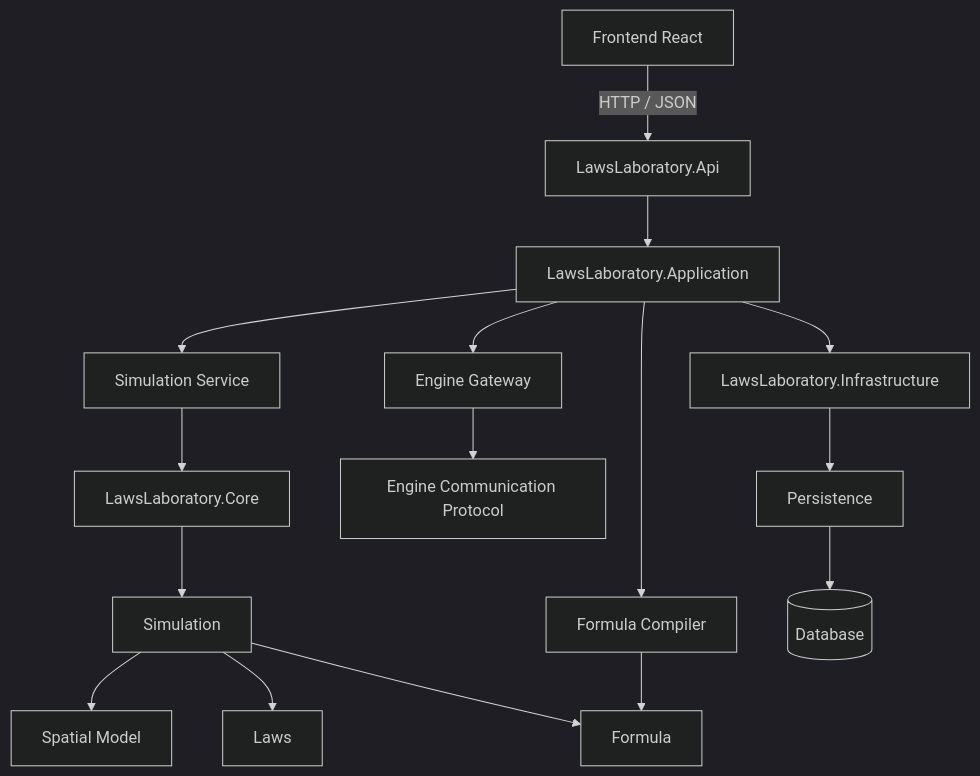
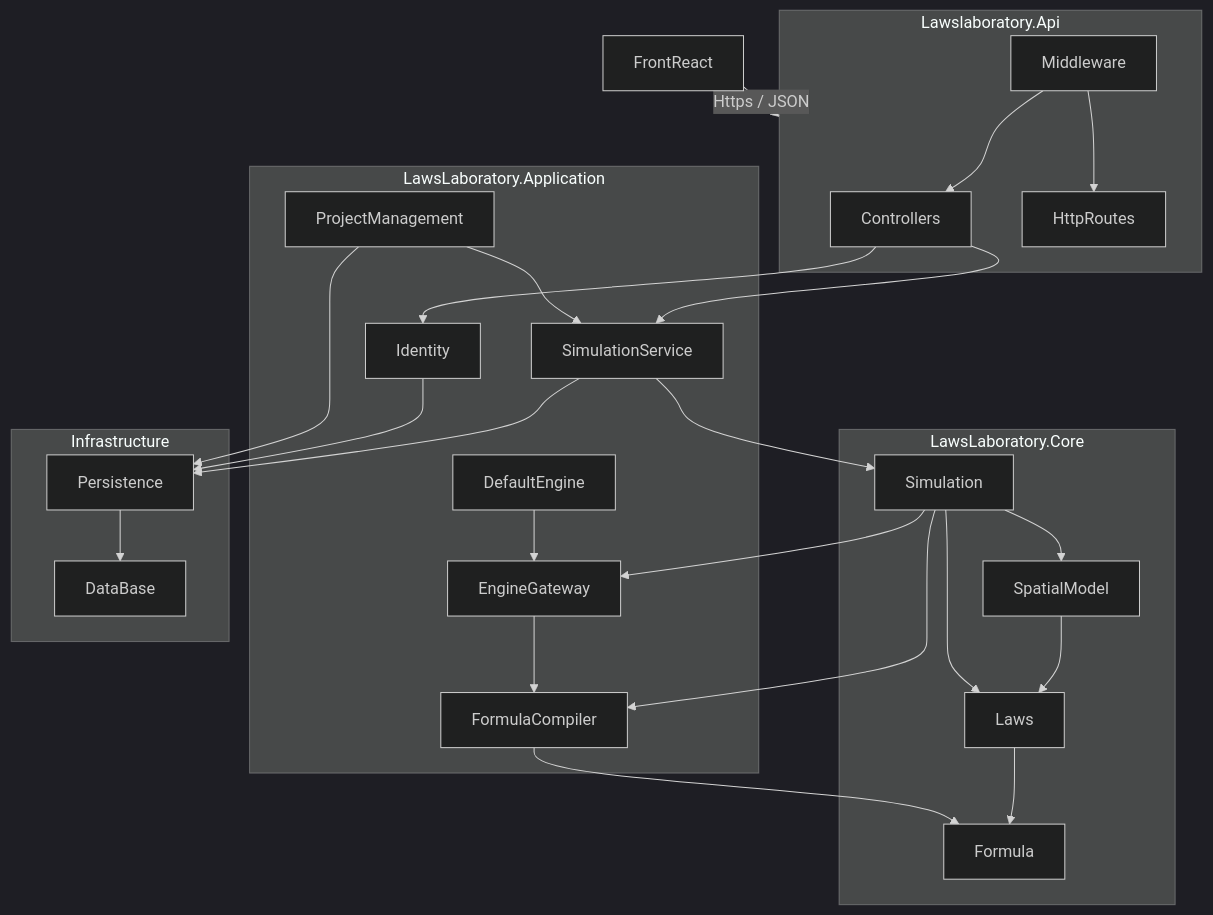
The first of 2 diagrams in docs/Architecture.md (A0-Cr3at0r/LawsLaboratory), drawn with Mermaid (dark theme) before and after one commit. The commit also changed other lines of this file and 1 other file, not shown here.

Commit message:
Add ProjectManagement and Identity as packages of LawsLaboratoy.Application. Restructure  backend graph structure and update informations

````diff
--- a/docs/Architecture.md
+++ b/docs/Architecture.md
@@ -95,45 +95,62 @@
 ```mermaid
-flowchart TD
+graph TD
 
-    Frontend[Frontend React]
+subgraph Lawslaboratory.Api
+    Controllers
+    HttpRoutes
+    Middleware
+end
 
-    API[LawsLaboratory.Api]
+subgraph LawsLaboratory.Application
+    DefaultEngine
+    EngineGateway
+    FormulaCompiler
+    Identity
+    ProjectManagement
+    SimulationService
+end
 
-    Frontend -->|HTTP / JSON| API
+subgraph LawsLaboratory.Core
+    Formula
+    Laws
+    Simulation
+    SpatialModel
+end
+
+subgraph Infrastructure
+    DataBase
+    Persistence
+end
+
+Frontend[FrontReact] 
+
+Frontend -->|Https / JSON| Lawslaboratory.Api
+
+Middleware --> HttpRoutes
+Middleware --> Controllers
+
+Controllers --> SimulationService
+Controllers --> Identity
+
+DefaultEngine --> EngineGateway
+EngineGateway --> FormulaCompiler
+ProjectManagement --> SimulationService
+
+SimulationService --> Simulation
+Laws --> Formula
+SpatialModel --> Laws
+Simulation --> SpatialModel
+Simulation --> Laws
+
+Simulation -->FormulaCompiler
+Simulation --> EngineGateway
+FormulaCompiler --> Formula
+
+Persistence --> DataBase
+SimulationService --> Persistence
+Identity --> Persistence
+ProjectManagement --> Persistence
 
 
-    API --> Application[LawsLaboratory.Application]
 
-
-    Application --> SimulationService[Simulation Service]
-
-    Application --> FormulaCompiler[Formula Compiler]
-
-    Application --> EngineGateway[Engine Gateway]
-
-
-    SimulationService --> Core[LawsLaboratory.Core]
-
-
-    Core --> Simulation[Simulation]
-
-    Simulation --> SpatialModel[Spatial Model]
-
-    Simulation --> Laws[Laws]
-
-    Simulation --> Formula[Formula]
-
-
-    FormulaCompiler --> Formula
-
-
-    EngineGateway --> EngineProtocol[Engine Communication Protocol]
-
-
-    Application --> Infrastructure[LawsLaboratory.Infrastructure]
-
-
-    Infrastructure --> Persistence[Persistence]
-
-    Persistence --> Database[(Database)]
 ```
````
